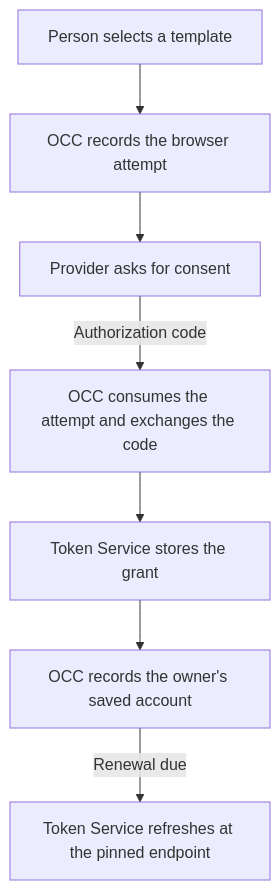
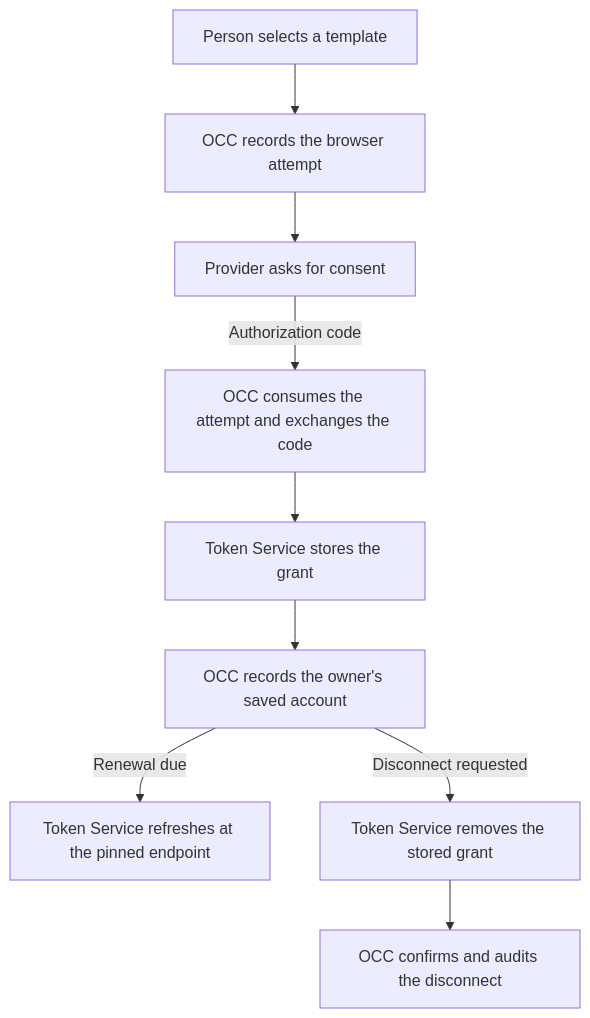
The second of 2 diagrams in docs/flows/connection-templates.md (openclaw/openclaw-enterprise), drawn with Mermaid before and after one commit. The commit also changed other lines of this file and 42 other files, not shown here.

````diff
--- a/docs/flows/connection-templates.md
+++ b/docs/flows/connection-templates.md
@@ -34,9 +37,11 @@
 ```mermaid
 graph TD
   Start["Person selects a template"] --> Attempt["OCC records the browser attempt"]
   Attempt --> Provider["Provider asks for consent"]
   Provider -->|Authorization code| Callback["OCC consumes the attempt and exchanges the code"]
   Callback --> Custody["Token Service stores the grant"]
   Custody --> Account["OCC records the owner's saved account"]
   Account -->|Renewal due| Renew["Token Service refreshes at the pinned endpoint"]
+  Account -->|Disconnect requested| Retire["Token Service removes the stored grant"]
+  Retire --> Disconnected["OCC confirms and audits the disconnect"]
 ```
````
